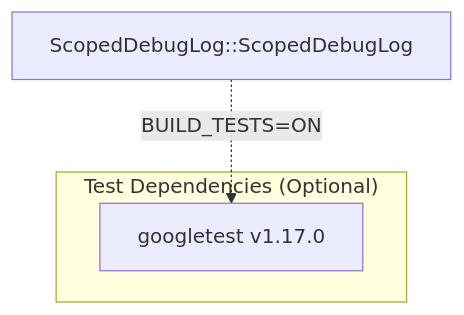
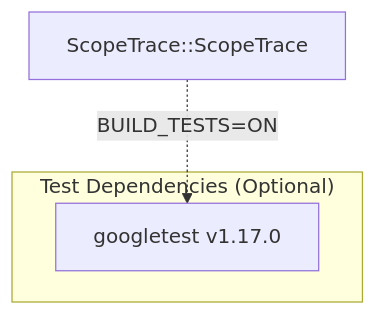
Before and after one commit to SiddiqSoft/ScopeTrace: the diagram in docs/integration/dependencies.md, drawn with Mermaid. The commit also changed other lines of this file and 23 other files, not shown here.

````diff
--- a/docs/integration/dependencies.md
+++ b/docs/integration/dependencies.md
@@ -7,10 +7,10 @@
 ```mermaid
 graph TD
-    ScopedDebugLog["ScopedDebugLog::ScopedDebugLog"]
+    ScopeTrace["ScopeTrace::ScopeTrace"]
 
     subgraph Test["Test Dependencies (Optional)"]
         GOOGLETEST["googletest v1.17.0"]
     end
 
-    ScopedDebugLog -. "BUILD_TESTS=ON" .-> GOOGLETEST
+    ScopeTrace -. "BUILD_TESTS=ON" .-> GOOGLETEST
 ```
````
